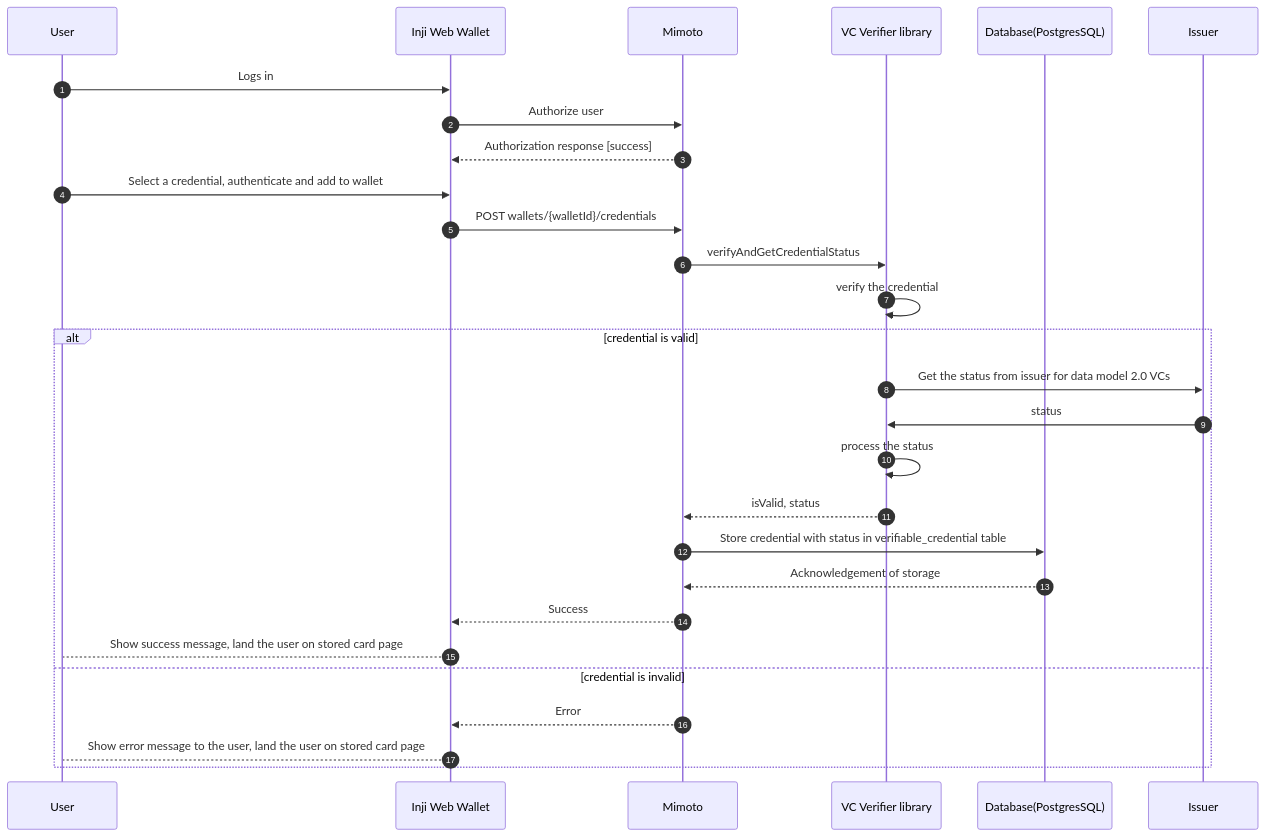
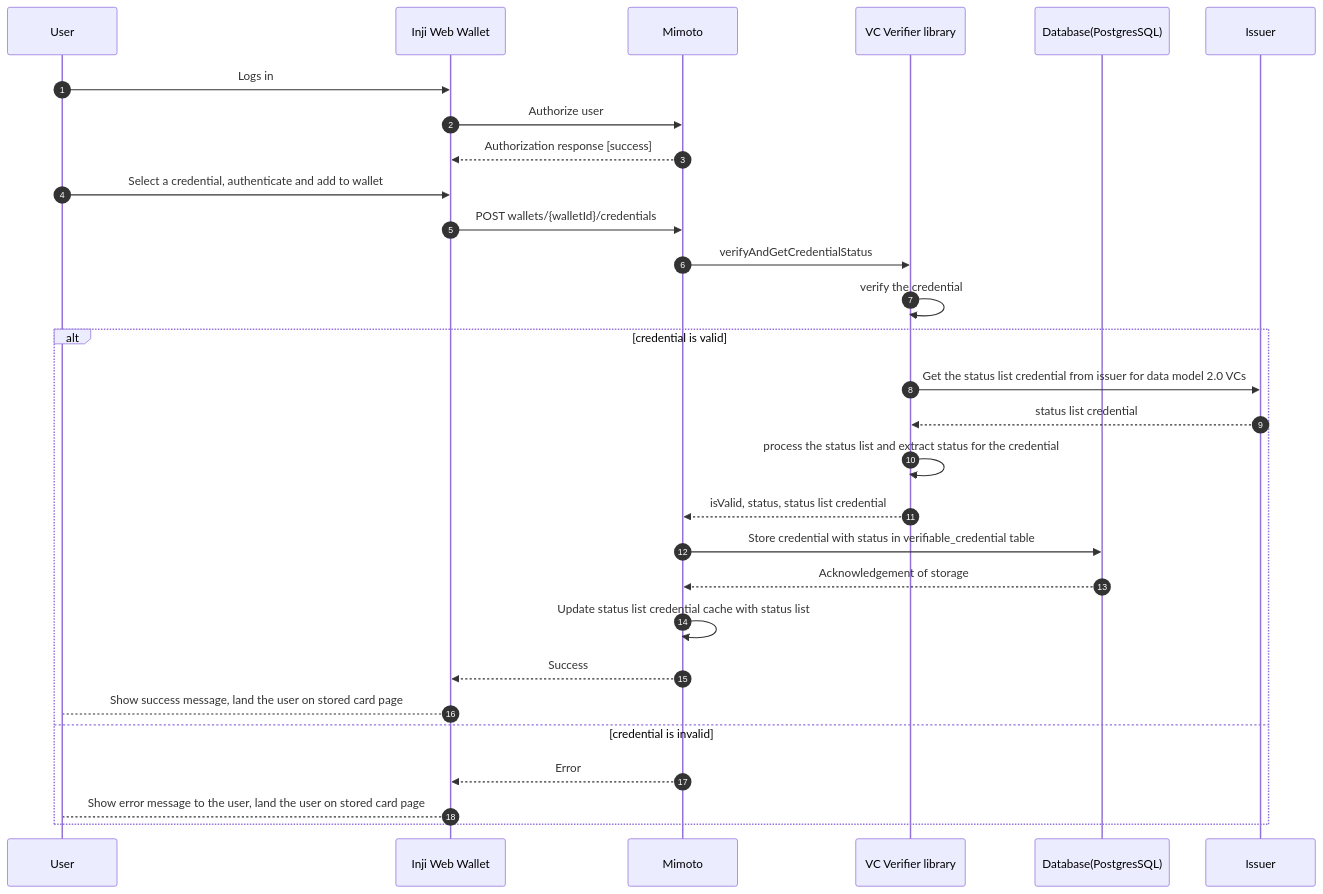
Before and after one commit to inji/mimoto: the fourth of 4 diagrams in docs/VCStatusCheckDesign.md, drawn with Mermaid. The commit also changed other lines of this file, not shown here.

Commit message:
[INJIWEB-1793] Update the missing steps in the sequence diagram

````diff
--- a/docs/VCStatusCheckDesign.md
+++ b/docs/VCStatusCheckDesign.md
@@ -157,30 +155,31 @@
 ```mermaid
 sequenceDiagram
     autonumber
     participant User
     participant InjiWeb as Inji Web Wallet
     participant Mimoto
     participant VCVerifier as VC Verifier library
     participant Database as Database(PostgresSQL)
     participant Issuer
     User->>InjiWeb: Logs in
     InjiWeb->>Mimoto: Authorize user
     Mimoto-->> InjiWeb: Authorization response [success]
     User->>InjiWeb: Select a credential, authenticate and add to wallet
     InjiWeb->>Mimoto: POST wallets/{walletId}/credentials
     Mimoto->>VCVerifier: verifyAndGetCredentialStatus
     VCVerifier->>VCVerifier: verify the credential
     alt credential is valid
-        VCVerifier->>Issuer: Get the status from issuer for data model 2.0 VCs
-        Issuer->>VCVerifier: status
-        VCVerifier->>VCVerifier: process the status
-        VCVerifier-->>Mimoto: isValid, status
+        VCVerifier->>Issuer: Get the status list credential from issuer for data model 2.0 VCs
+        Issuer-->>VCVerifier: status list credential
+        VCVerifier->>VCVerifier: process the status list and extract status for the credential
+        VCVerifier-->>Mimoto: isValid, status, status list credential
         Mimoto->>Database: Store credential with status in verifiable_credential table
         Database-->>Mimoto: Acknowledgement of storage
+        Mimoto->>Mimoto: Update status list credential cache with status list
         Mimoto-->>InjiWeb: Success
         InjiWeb-->User: Show success message, land the user on stored card page
     else credential is invalid
         Mimoto-->>InjiWeb: Error
         InjiWeb-->User: Show error message to the user, land the user on stored card page
     end
 ```
````
